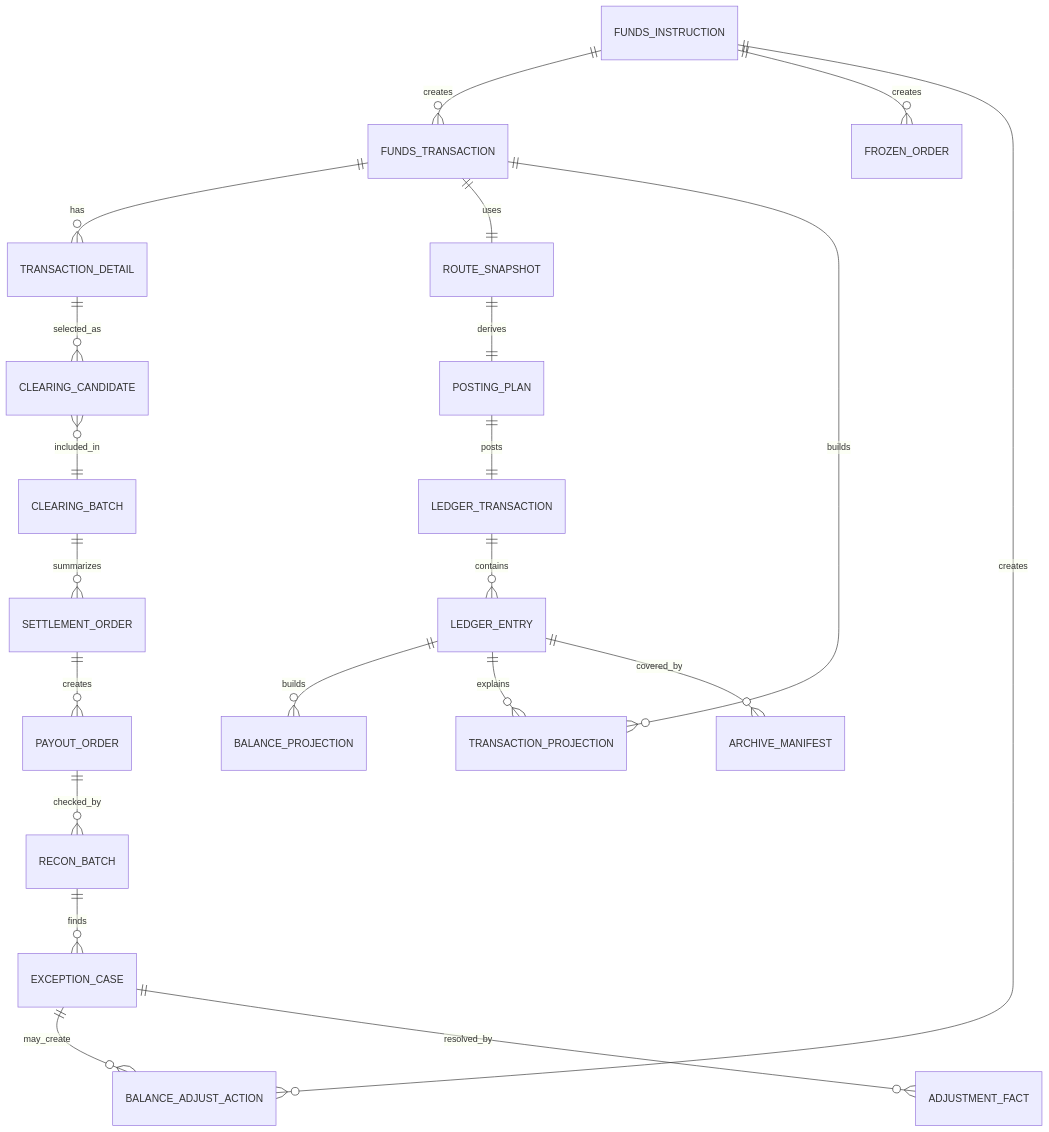
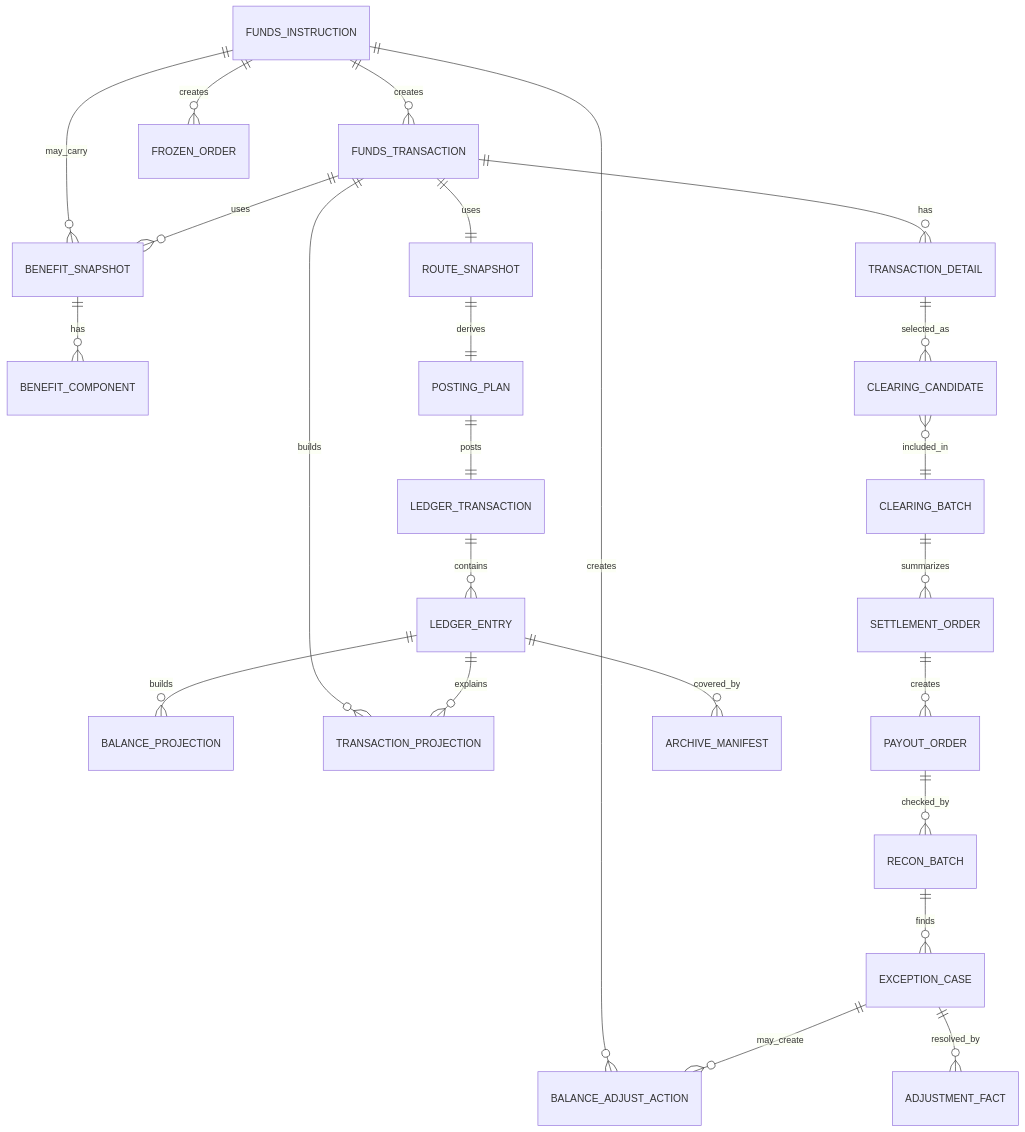
The second of 9 diagrams in docs/产品设计/01-PRD总览.md (fengwuxp/wind-funds), drawn with Mermaid before and after one commit. The commit also changed other lines of this file and 43 other files, not shown here.

````diff
--- a/docs/产品设计/01-PRD总览.md
+++ b/docs/产品设计/01-PRD总览.md
@@ -142,23 +146,26 @@
 ```mermaid
 erDiagram
     FUNDS_INSTRUCTION ||--o{ FUNDS_TRANSACTION : "creates"
     FUNDS_INSTRUCTION ||--o{ FROZEN_ORDER : "creates"
     FUNDS_INSTRUCTION ||--o{ BALANCE_ADJUST_ACTION : "creates"
+    FUNDS_INSTRUCTION ||--o{ BENEFIT_SNAPSHOT : "may_carry"
+    BENEFIT_SNAPSHOT ||--o{ BENEFIT_COMPONENT : "has"
     FUNDS_TRANSACTION ||--o{ TRANSACTION_DETAIL : "has"
+    FUNDS_TRANSACTION ||--o{ BENEFIT_SNAPSHOT : "uses"
     FUNDS_TRANSACTION ||--|| ROUTE_SNAPSHOT : "uses"
     ROUTE_SNAPSHOT ||--|| POSTING_PLAN : "derives"
     POSTING_PLAN ||--|| LEDGER_TRANSACTION : "posts"
     LEDGER_TRANSACTION ||--o{ LEDGER_ENTRY : "contains"
     LEDGER_ENTRY ||--o{ BALANCE_PROJECTION : "builds"
     FUNDS_TRANSACTION ||--o{ TRANSACTION_PROJECTION : "builds"
     LEDGER_ENTRY ||--o{ TRANSACTION_PROJECTION : "explains"
     TRANSACTION_DETAIL ||--o{ CLEARING_CANDIDATE : "selected_as"
     CLEARING_CANDIDATE }o--|| CLEARING_BATCH : "included_in"
     CLEARING_BATCH ||--o{ SETTLEMENT_ORDER : "summarizes"
     SETTLEMENT_ORDER ||--o{ PAYOUT_ORDER : "creates"
     PAYOUT_ORDER ||--o{ RECON_BATCH : "checked_by"
     RECON_BATCH ||--o{ EXCEPTION_CASE : "finds"
     EXCEPTION_CASE ||--o{ BALANCE_ADJUST_ACTION : "may_create"
     EXCEPTION_CASE ||--o{ ADJUSTMENT_FACT : "resolved_by"
     LEDGER_ENTRY ||--o{ ARCHIVE_MANIFEST : "covered_by"
 ```
````
